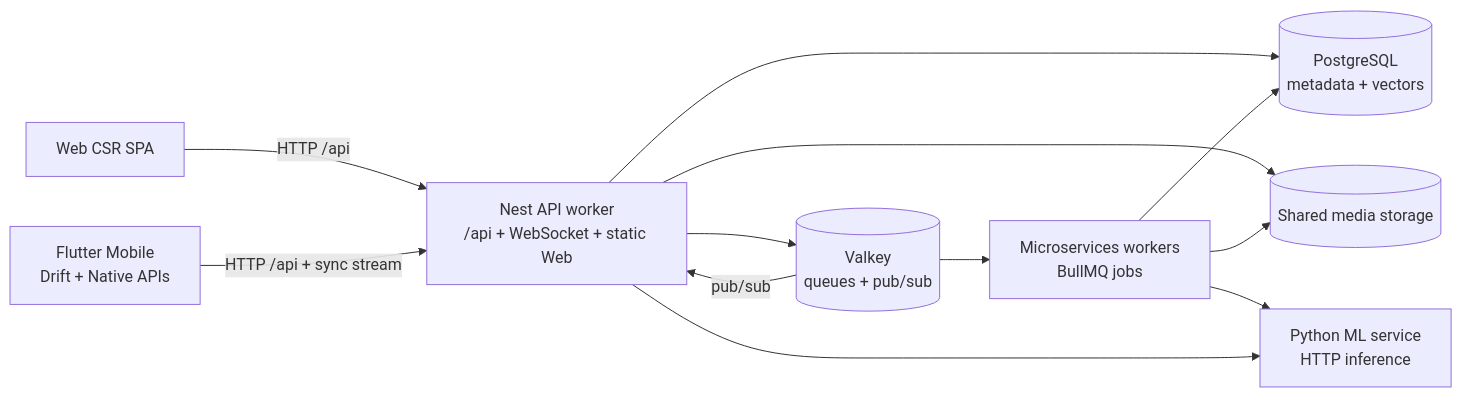
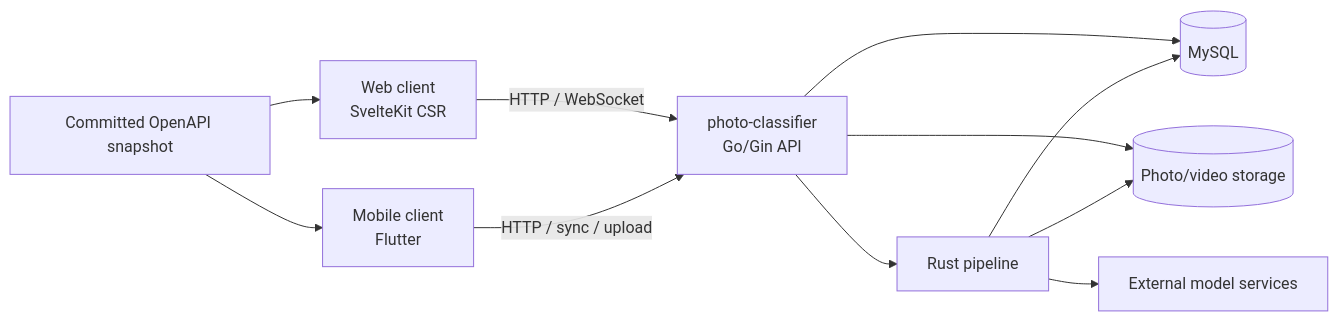
Before and after one commit to ruoyiran/immich: the first of 2 diagrams in engineering/architecture.md, drawn with Mermaid. The commit also changed other lines of this file and 816 other files, not shown here.

````diff
--- a/engineering/architecture.md
+++ b/engineering/architecture.md
@@ -18,23 +7,22 @@
 ```mermaid
 flowchart LR
-  Web[Web CSR SPA]
-  Mobile[Flutter Mobile\nDrift + Native APIs]
-  API[Nest API worker\n/api + WebSocket + static Web]
-  Workers[Microservices workers\nBullMQ jobs]
-  DB[(PostgreSQL\nmetadata + vectors)]
-  Queue[(Valkey\nqueues + pub/sub)]
-  Media[(Shared media storage)]
-  ML[Python ML service\nHTTP inference]
+  Web[Web client\nSvelteKit CSR]
+  Mobile[Mobile client\nFlutter]
+  Contract[Committed OpenAPI snapshot]
+  Server[photo-classifier\nGo/Gin API]
+  DB[(MySQL)]
+  Media[(Photo/video storage)]
+  Pipeline[Rust pipeline]
+  Models[External model services]
 
-  Web -->|HTTP /api| API
-  Mobile -->|HTTP /api + sync stream| API
-  API --> DB
-  API --> Media
-  API --> Queue
-  Queue --> Workers
-  Workers --> DB
-  Workers --> Media
-  Workers --> ML
-  API --> ML
-  Queue -->|pub/sub| API
+  Contract --> Web
+  Contract --> Mobile
+  Web -->|HTTP / WebSocket| Server
+  Mobile -->|HTTP / sync / upload| Server
+  Server --> DB
+  Server --> Media
+  Server --> Pipeline
+  Pipeline --> DB
+  Pipeline --> Media
+  Pipeline --> Models
 ```
````
